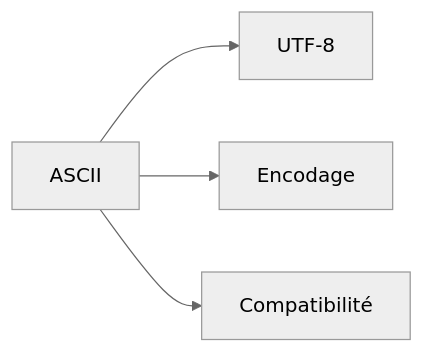
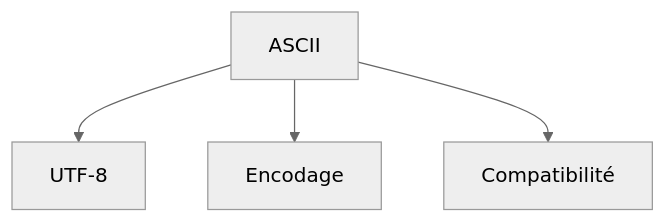
The third of 38 diagrams in docs/glossaire/bases-fondamentales.md (zyrass/omnydocs), drawn with Mermaid (neutral theme) before and after one commit. The commit also changed other lines of this file and 1780 other files, not shown here.

````diff
--- a/docs/glossaire/bases-fondamentales.md
+++ b/docs/glossaire/bases-fondamentales.md
@@ -63,6 +77,6 @@
-    ```mermaid
-    graph LR
-        A[ASCII] --> B[UTF-8]
-        A --> C[Encodage]
-        A --> D[Compatibilité]
-    ```
+```mermaid
+graph TB
+    A[ASCII] --> B[UTF-8]
+    A --> C[Encodage]
+    A --> D[Compatibilité]
+```
````
